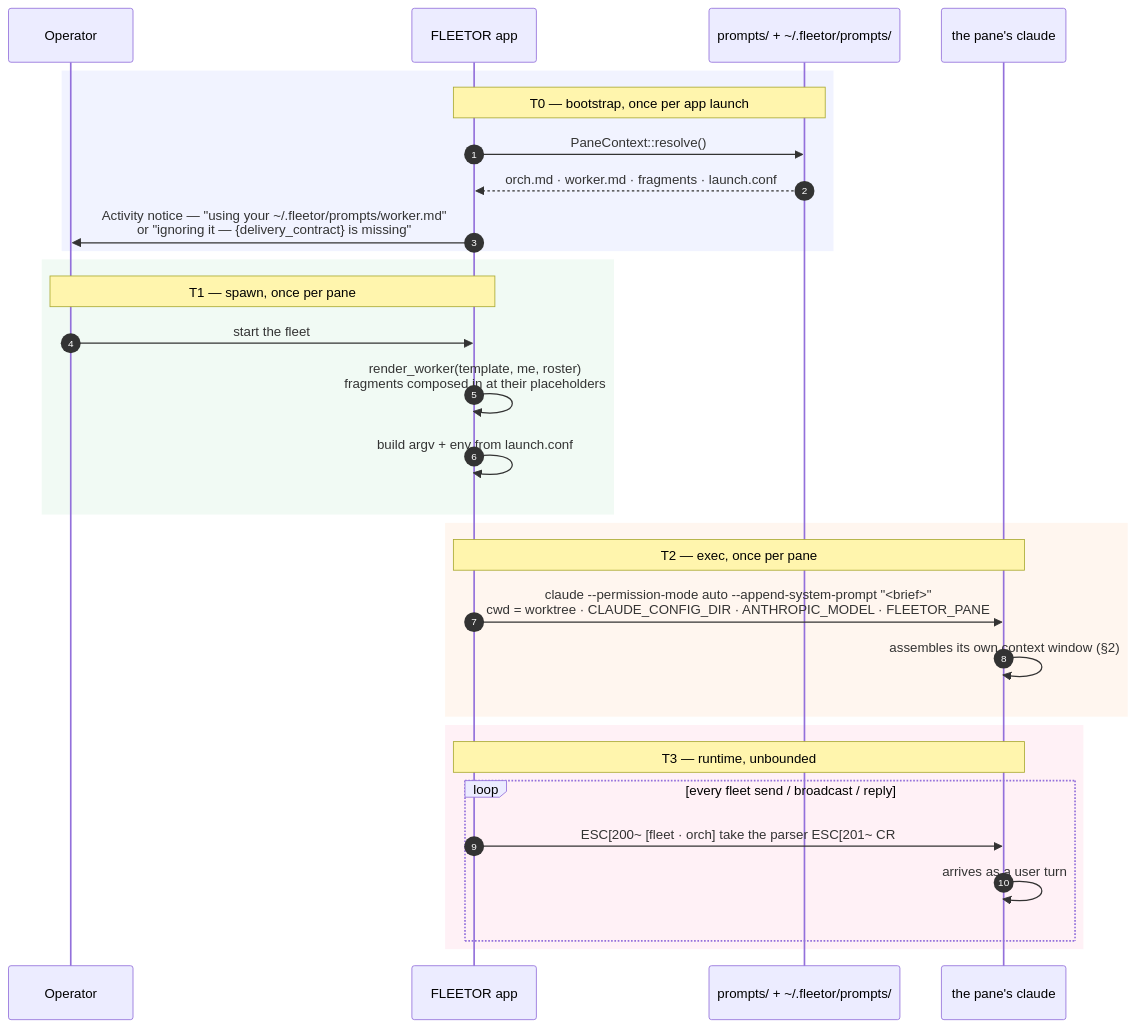
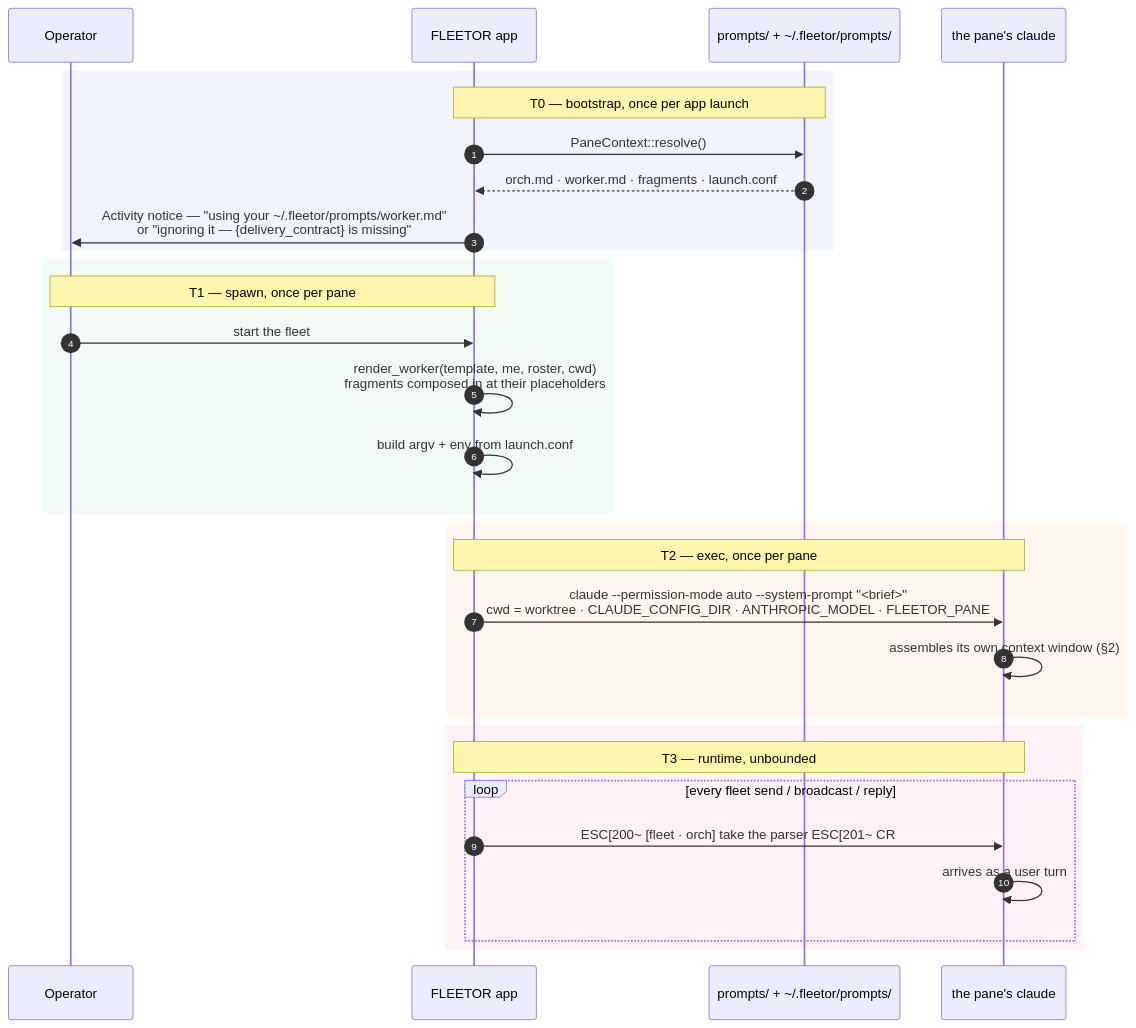
One commit to rubikron/fleetor changed the first of 3 diagrams in docs/context-injection-flow.md. Above: the diagram before and after it, drawn with Mermaid. The commit also changed other lines of this file and 11 other files, not shown here.

````diff
--- a/docs/context-injection-flow.md
+++ b/docs/context-injection-flow.md
@@ -13,36 +13,36 @@
 ```mermaid
 sequenceDiagram
     autonumber
     participant OP as Operator
     participant APP as FLEETOR app
     participant FS as prompts/ + ~/.fleetor/prompts/
     participant PANE as the pane's claude
 
     rect rgba(120,140,255,0.10)
     note over APP,FS: T0 — bootstrap, once per app launch
     APP->>FS: PaneContext::resolve()
     FS-->>APP: orch.md · worker.md · fragments · launch.conf
     APP->>OP: Activity notice — "using your ~/.fleetor/prompts/worker.md"<br/>or "ignoring it — {delivery_contract} is missing"
     end
 
     rect rgba(120,200,150,0.10)
     note over OP,APP: T1 — spawn, once per pane
     OP->>APP: start the fleet
-    APP->>APP: render_worker(template, me, roster)<br/>fragments composed in at their placeholders
+    APP->>APP: render_worker(template, me, roster, cwd)<br/>fragments composed in at their placeholders
     APP->>APP: build argv + env from launch.conf
     end
 
     rect rgba(255,180,120,0.12)
     note over APP,PANE: T2 — exec, once per pane
-    APP->>PANE: claude --permission-mode auto --append-system-prompt "<brief>"<br/>cwd = worktree · CLAUDE_CONFIG_DIR · ANTHROPIC_MODEL · FLEETOR_PANE
+    APP->>PANE: claude --permission-mode auto --system-prompt "<brief>"<br/>cwd = worktree · CLAUDE_CONFIG_DIR · ANTHROPIC_MODEL · FLEETOR_PANE
     PANE->>PANE: assembles its own context window (§2)
     end
 
     rect rgba(255,140,180,0.12)
     note over APP,PANE: T3 — runtime, unbounded
     loop every fleet send / broadcast / reply
         APP->>PANE: ESC[200~ [fleet · orch] take the parser ESC[201~ CR
         PANE->>PANE: arrives as a user turn
     end
     end
 ```
````
